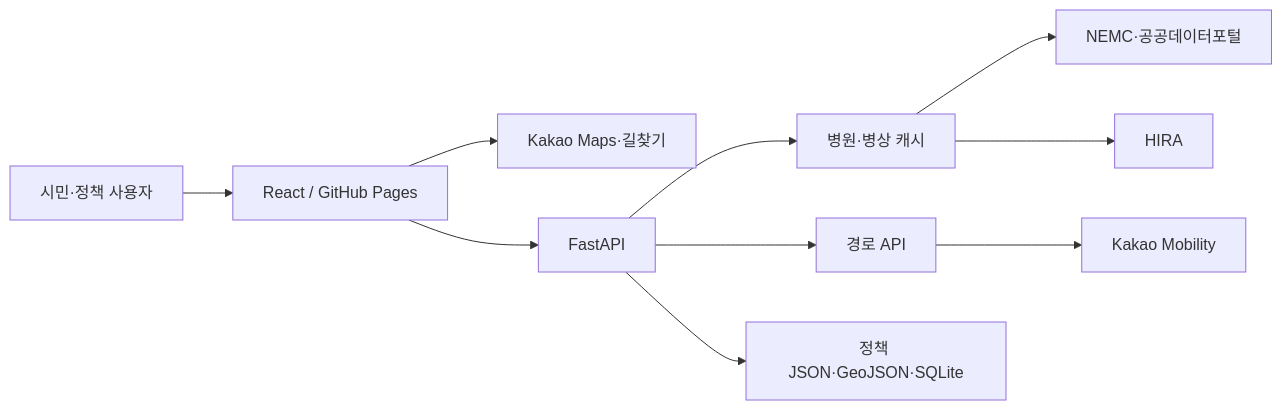
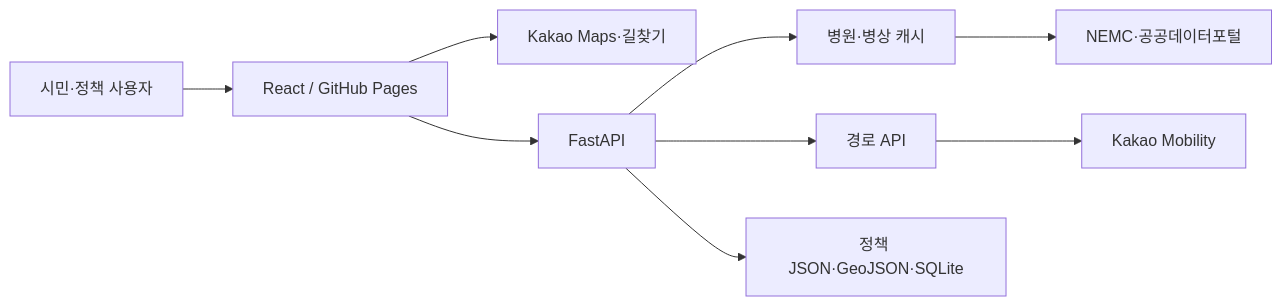
One commit to ssg-sak/golden-project changed the second of 2 diagrams in README.md. Above: the diagram before and after it, drawn with Mermaid. The commit also changed other lines of this file and 99 other files, not shown here.

```diff
--- a/README.md
+++ b/README.md
@@ -195,12 +207,11 @@
 ~~~mermaid
 flowchart LR
   U[시민·정책 사용자] --> F[React / GitHub Pages]
   F --> K[Kakao Maps·길찾기]
   F --> B[FastAPI]
   B --> C[병원·병상 캐시]
   B --> R[경로 API]
   B --> P[정책 JSON·GeoJSON·SQLite]
   C --> N[NEMC·공공데이터포털]
-  C --> H[HIRA]
   R --> M[Kakao Mobility]
 ~~~
```
